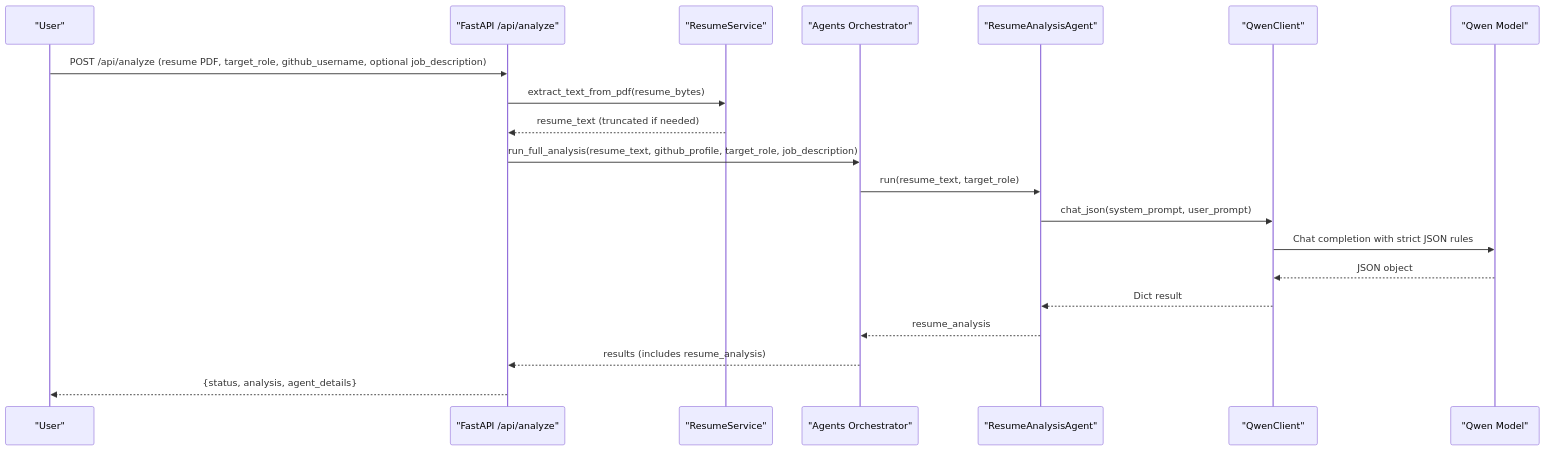
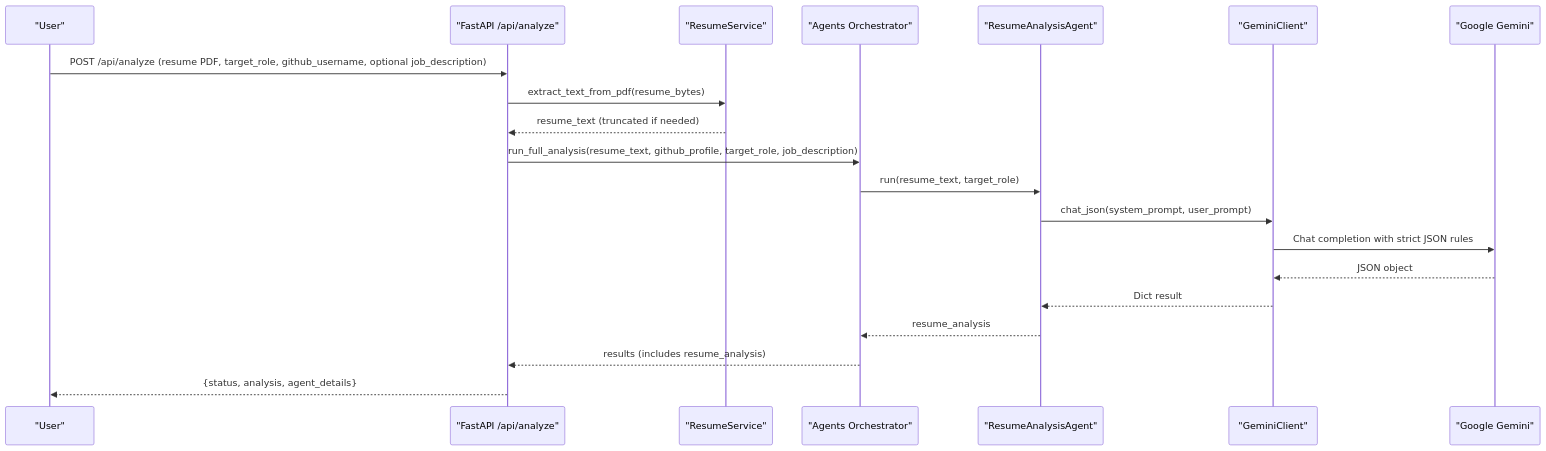
Before and after one commit to waqarimran342/CareerOS-AI: the second of 5 diagrams in .qoder/repowiki/en/content/Multi-Agent System/Resume Analysis Agent.md, drawn with Mermaid. The commit also changed other lines of this file and 32 other files, not shown here.

````diff
--- a/.qoder/repowiki/en/content/Multi-Agent System/Resume Analysis Agent.md
+++ b/.qoder/repowiki/en/content/Multi-Agent System/Resume Analysis Agent.md
@@ -73,22 +82,22 @@
 ```mermaid
 sequenceDiagram
 participant U as "User"
 participant API as "FastAPI /api/analyze"
 participant RS as "ResumeService"
 participant AG as "Agents Orchestrator"
 participant RA as "ResumeAnalysisAgent"
-participant QC as "QwenClient"
-participant LLM as "Qwen Model"
+participant GC as "GeminiClient"
+participant GM as "Google Gemini"
 U->>API : POST /api/analyze (resume PDF, target_role, github_username, optional job_description)
 API->>RS : extract_text_from_pdf(resume_bytes)
 RS-->>API : resume_text (truncated if needed)
 API->>AG : run_full_analysis(resume_text, github_profile, target_role, job_description)
 AG->>RA : run(resume_text, target_role)
-RA->>QC : chat_json(system_prompt, user_prompt)
-QC->>LLM : Chat completion with strict JSON rules
-LLM-->>QC : JSON object
-QC-->>RA : Dict result
+RA->>GC : chat_json(system_prompt, user_prompt)
+GC->>GM : Chat completion with strict JSON rules
+GM-->>GC : JSON object
+GC-->>RA : Dict result
 RA-->>AG : resume_analysis
 AG-->>API : results (includes resume_analysis)
 API-->>U : {status, analysis, agent_details}
 ```
````
